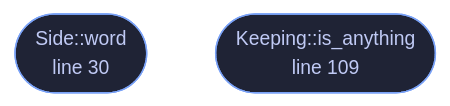
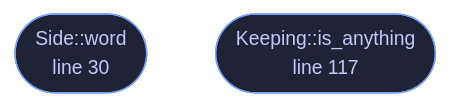
The diagram in docs/files/veilvoice-audio/kinds.md (tilas01/veilvoice), drawn with Mermaid before and after one commit. The commit also changed other lines of this file and 54 other files, not shown here.

````diff
--- a/docs/files/veilvoice-audio/kinds.md
+++ b/docs/files/veilvoice-audio/kinds.md
@@ -75,10 +75,10 @@
 ```mermaid
 %%{init: {"theme":"base","themeVariables":{"background":"#1a1b26","primaryColor":"#1f2335","primaryTextColor":"#c0caf5","primaryBorderColor":"#7aa2f7","secondaryColor":"#16161e","tertiaryColor":"#16161e","lineColor":"#737aa2","textColor":"#c0caf5","mainBkg":"#1f2335","nodeBorder":"#7aa2f7","clusterBkg":"#16161e","clusterBorder":"#2f3549","fontFamily":"ui-monospace, SFMono-Regular, Consolas, monospace","fontSize":"14px"}}}%%
 flowchart TD
     n_word(["Side::word<br/>line 30"])
-    n_is_anything(["Keeping::is_anything<br/>line 109"])
+    n_is_anything(["Keeping::is_anything<br/>line 117"])
     click n_word href "https://github.com/tilas01/veilvoice/blob/main/crates/veilvoice-audio/src/kinds.rs#L30" "open the source"
-    click n_is_anything href "https://github.com/tilas01/veilvoice/blob/main/crates/veilvoice-audio/src/kinds.rs#L109" "open the source"
+    click n_is_anything href "https://github.com/tilas01/veilvoice/blob/main/crates/veilvoice-audio/src/kinds.rs#L117" "open the source"
     classDef entry fill:#1f2335,stroke:#7aa2f7,color:#c0caf5
     class n_word,n_is_anything entry
 ```
````
